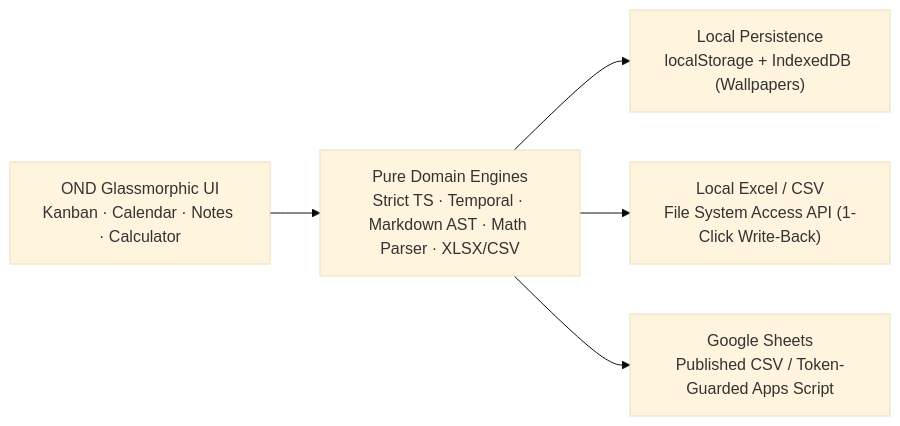
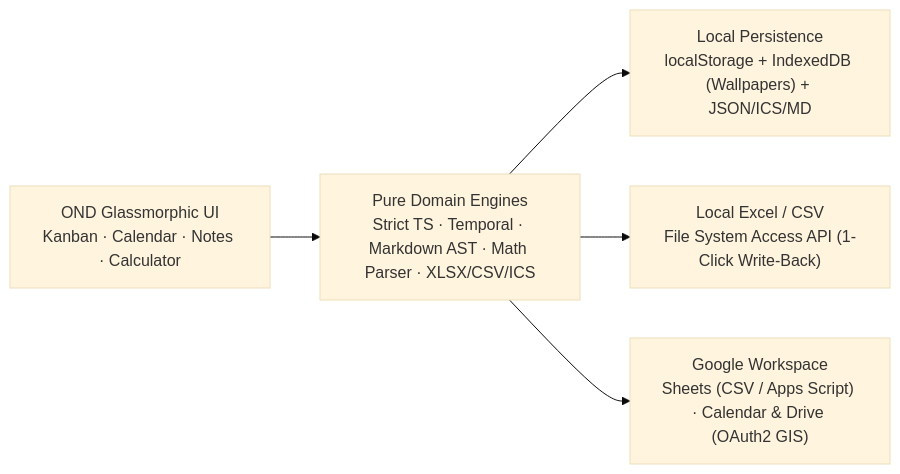
One commit to KRSTIVN/ond changed the diagram in README.md. Above: the diagram before and after it, drawn with Mermaid (base theme). The commit also changed other lines of this file and 23 other files, not shown here.

Commit message:
feat: add dart frog wallpapers, Kanban templates & auto-columns, Calendar/Notes local + Google sync, and macOS app support

````diff
--- a/README.md
+++ b/README.md
@@ -51,7 +51,7 @@
 ```mermaid
 flowchart LR
-  UI["OND Glassmorphic UI<br/>Kanban · Calendar · Notes · Calculator"] --> Domain["Pure Domain Engines<br/>Strict TS · Temporal · Markdown AST · Math Parser · XLSX/CSV"]
-  Domain --> Local["Local Persistence<br/>localStorage + IndexedDB (Wallpapers)"]
+  UI["OND Glassmorphic UI<br/>Kanban · Calendar · Notes · Calculator"] --> Domain["Pure Domain Engines<br/>Strict TS · Temporal · Markdown AST · Math Parser · XLSX/CSV/ICS"]
+  Domain --> Local["Local Persistence<br/>localStorage + IndexedDB (Wallpapers) + JSON/ICS/MD"]
   Domain --> Excel["Local Excel / CSV<br/>File System Access API (1-Click Write-Back)"]
-  Domain --> Sheets["Google Sheets<br/>Published CSV / Token-Guarded Apps Script"]
+  Domain --> Google["Google Workspace<br/>Sheets (CSV / Apps Script) · Calendar & Drive (OAuth2 GIS)"]
 ```
````
